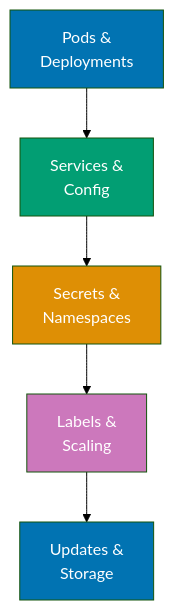
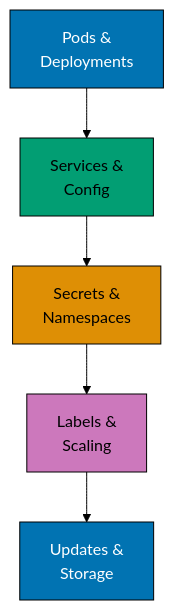
One commit to wahidyankf/ose-public changed the second of 2 diagrams in apps/ayokoding-www/content/en/learn/legacy/software-engineering/infrastructure/tools/kubernetes/quick-start.md. Above: the diagram before and after it, drawn with Mermaid (forest theme). The commit also changed other lines of this file and 131 other files, not shown here.

First line of the commit message:
fix(mermaid): bring the legacy data, infrastructure, and testing diagrams onto the accessible palette

````diff
--- a/apps/ayokoding-www/content/en/learn/legacy/software-engineering/infrastructure/tools/kubernetes/quick-start.md
+++ b/apps/ayokoding-www/content/en/learn/legacy/software-engineering/infrastructure/tools/kubernetes/quick-start.md
@@ -890,14 +897,21 @@
 ```mermaid
 %% Color Palette: Blue #0173B2, Orange #DE8F05, Teal #029E73, Purple #CC78BC
 graph TD
+    accTitle: Learning Path Summary
+    accDescr: Graph with 5 nodes and 4 connections. Nodes: A, B, C, D, E. Connections: A to B, B to C, C to D, D to E.
     A["Pods &<br/>Deployments"] --> B["Services &<br/>Config"]
     B --> C["Secrets &<br/>Namespaces"]
     C --> D["Labels &<br/>Scaling"]
     D --> E["Updates &<br/>Storage"]
 
-    style A fill:#0173B2,color:#fff
-    style B fill:#029E73,color:#fff
-    style C fill:#DE8F05,color:#fff
-    style D fill:#CC78BC,color:#fff
-    style E fill:#0173B2,color:#fff
+    classDef pal-0173B2 fill:#0173B2,stroke:#000000,color:#FFFFFF
+    class A pal-0173B2
+    classDef pal-029E73 fill:#029E73,stroke:#000000,color:#000000
+    class B pal-029E73
+    classDef pal-DE8F05 fill:#DE8F05,stroke:#000000,color:#000000
+    class C pal-DE8F05
+    classDef pal-CC78BC fill:#CC78BC,stroke:#000000,color:#000000
+    class D pal-CC78BC
+    class E pal-0173B2
+    classDef default fill:#FFFFFF,stroke:#000000,color:#000000
 ```
````
